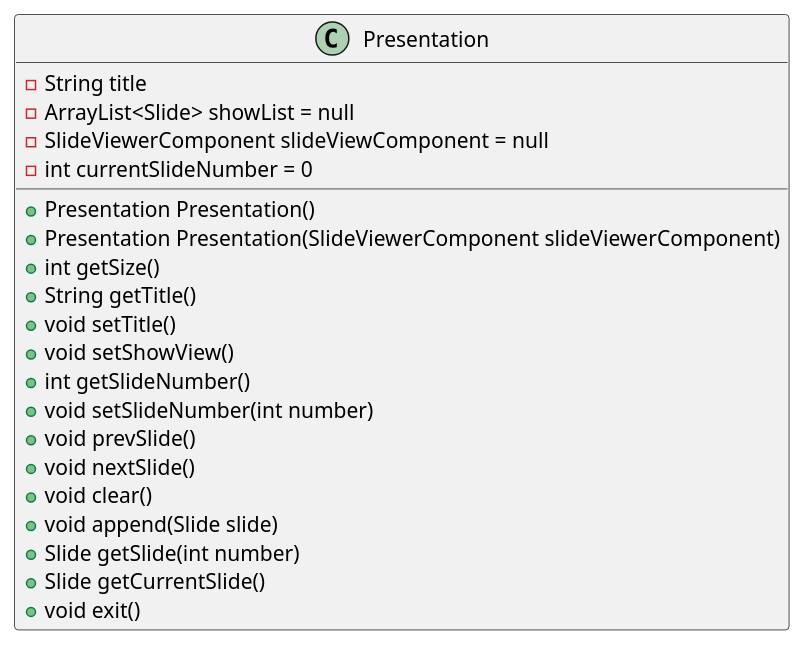
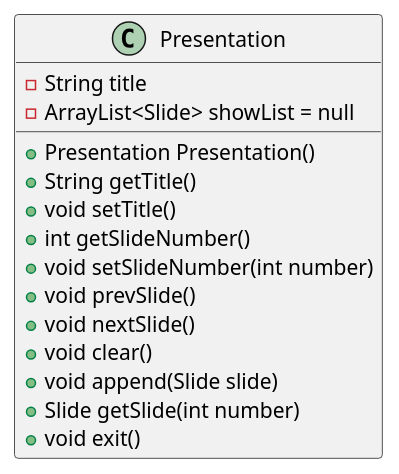
One commit to kvojps/estudo-uml changed the diagram in jabberPoint/diagramaClasses/Presentation.puml. Above: the diagram before and after it, drawn with PlantUML. The commit also changed 6 other files, not shown here.

```diff
--- a/jabberPoint/diagramaClasses/Presentation.puml
+++ b/jabberPoint/diagramaClasses/Presentation.puml
@@ -1,24 +1,18 @@
 @startuml presentation
     class Presentation {
         - String title
         - ArrayList<Slide> showList = null
-        - SlideViewerComponent slideViewComponent = null
-        - int currentSlideNumber = 0
 
         + Presentation Presentation()
-        + Presentation Presentation(SlideViewerComponent slideViewerComponent)
-        + int getSize()
         + String getTitle()
         + void setTitle()
-        + void setShowView()
         + int getSlideNumber()
         + void setSlideNumber(int number)
         + void prevSlide()
         + void nextSlide()
         + void clear()
         + void append(Slide slide)
         + Slide getSlide(int number)
-        + Slide getCurrentSlide()
         + void exit()
     }
 @enduml
```
